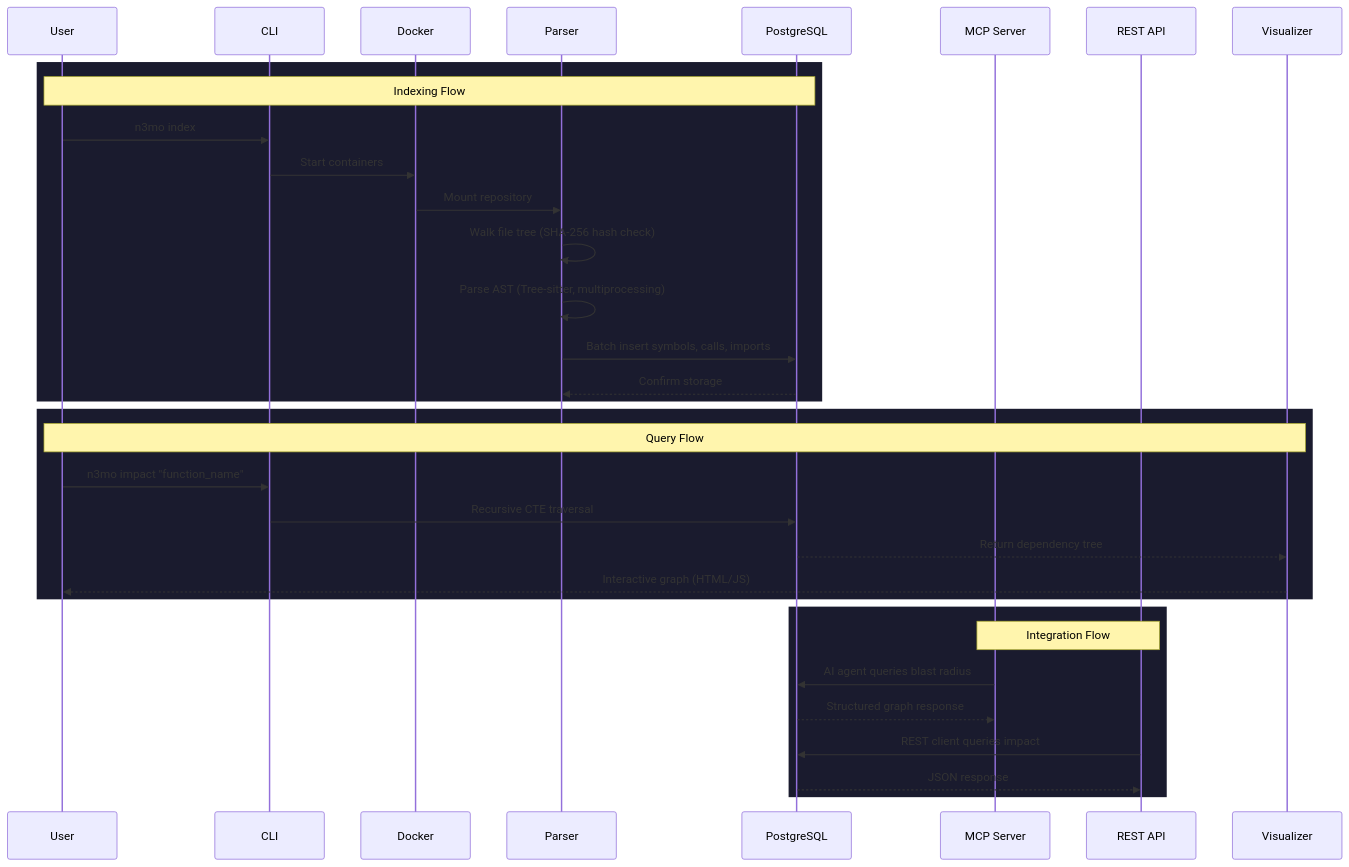
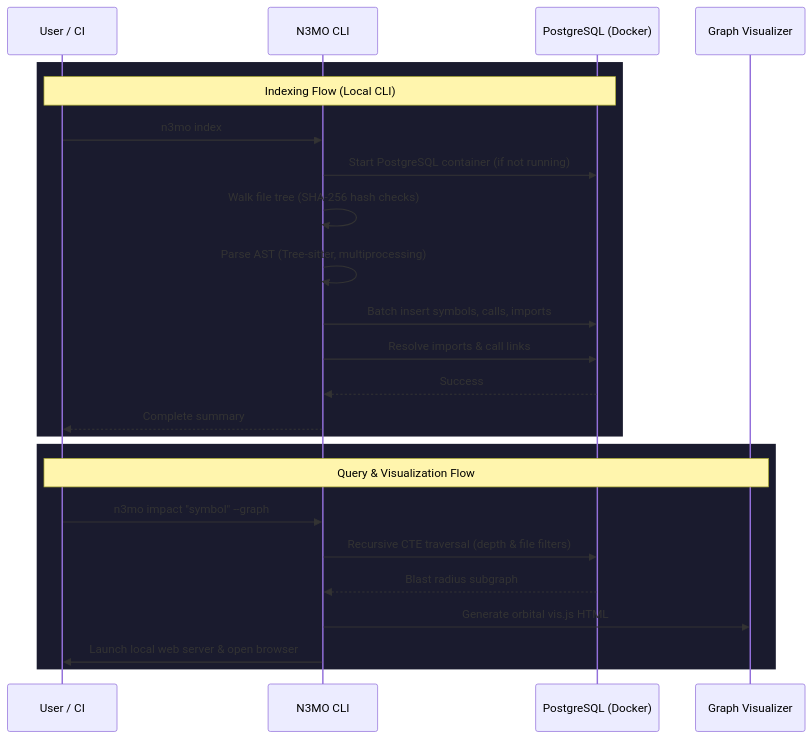
Before and after one commit to RajX-dev/CODESEER-MAIN: the second of 4 diagrams in README.md, drawn with Mermaid. The commit also changed other lines of this file and 52 other files, not shown here.

````diff
--- a/README.md
+++ b/README.md
@@ -136,38 +134,28 @@
 ```mermaid
 sequenceDiagram
-    participant User
-    participant CLI
-    participant Docker
-    participant Parser
-    participant DB as PostgreSQL
-    participant MCP as MCP Server
-    participant API as REST API
-    participant Viz as Visualizer
+    participant User as User / CI
+    participant CLI as N3MO CLI
+    participant DB as PostgreSQL (Docker)
+    participant Viz as Graph Visualizer
 
     rect rgb(26, 27, 46)
-    Note over User, DB: Indexing Flow
+    Note over User, DB: Indexing Flow (Local CLI)
     User->>CLI: n3mo index
-    CLI->>Docker: Start containers
-    Docker->>Parser: Mount repository
-    Parser->>Parser: Walk file tree (SHA-256 hash check)
-    Parser->>Parser: Parse AST (Tree-sitter, multiprocessing)
-    Parser->>DB: Batch insert symbols, calls, imports
-    DB-->>Parser: Confirm storage
+    CLI->>DB: Start PostgreSQL container (if not running)
+    CLI->>CLI: Walk file tree (SHA-256 hash checks)
+    CLI->>CLI: Parse AST (Tree-sitter, multiprocessing)
+    CLI->>DB: Batch insert symbols, calls, imports
+    CLI->>DB: Resolve imports & call links
+    DB-->>CLI: Success
+    CLI-->>User: Complete summary
     end
 
     rect rgb(26, 27, 46)
-    Note over User, Viz: Query Flow
-    User->>CLI: n3mo impact "function_name"
-    CLI->>DB: Recursive CTE traversal
-    DB-->>Viz: Return dependency tree
-    Viz-->>User: Interactive graph (HTML/JS)
-    end
-
-    rect rgb(26, 27, 46)
-    Note over MCP, API: Integration Flow
-    MCP->>DB: AI agent queries blast radius
-    DB-->>MCP: Structured graph response
-    API->>DB: REST client queries impact
-    DB-->>API: JSON response
+    Note over User, Viz: Query & Visualization Flow
+    User->>CLI: n3mo impact "symbol" --graph
+    CLI->>DB: Recursive CTE traversal (depth & file filters)
+    DB-->>CLI: Blast radius subgraph
+    CLI->>Viz: Generate orbital vis.js HTML
+    CLI->>User: Launch local web server & open browser
     end
 ```
````
